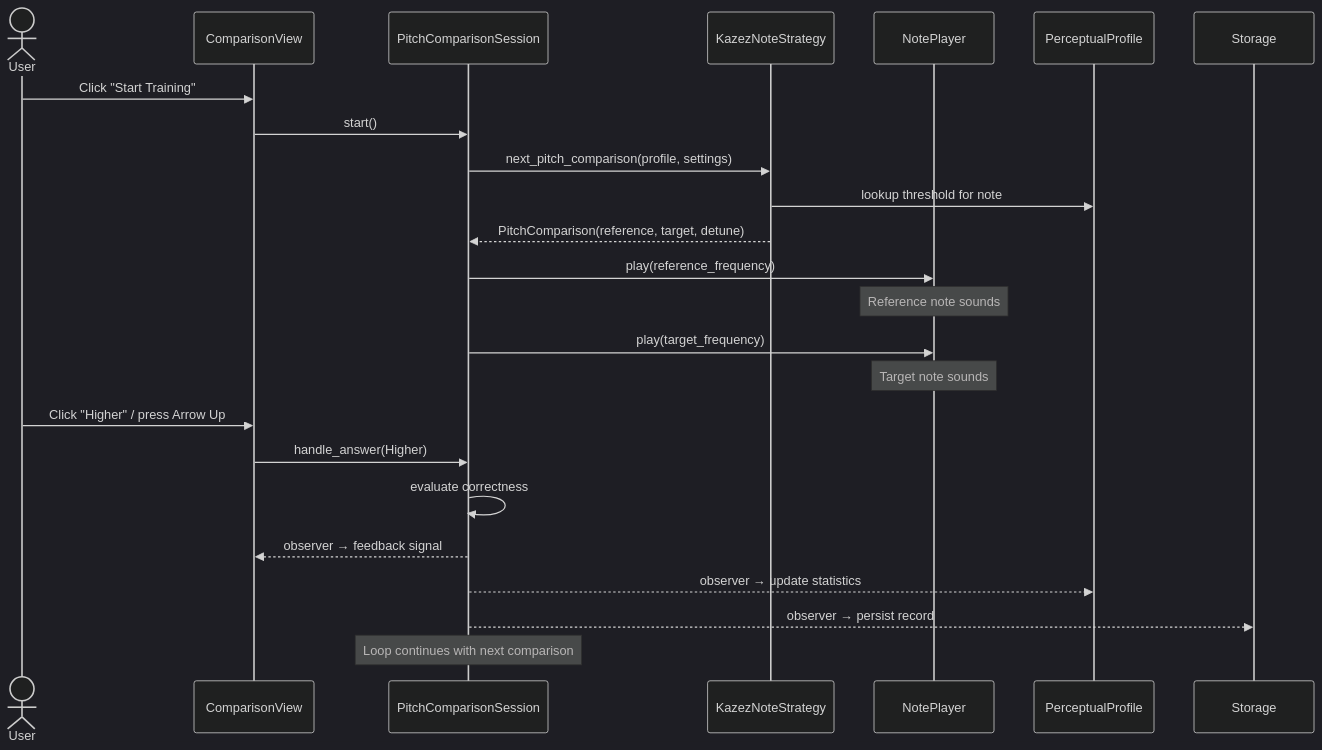
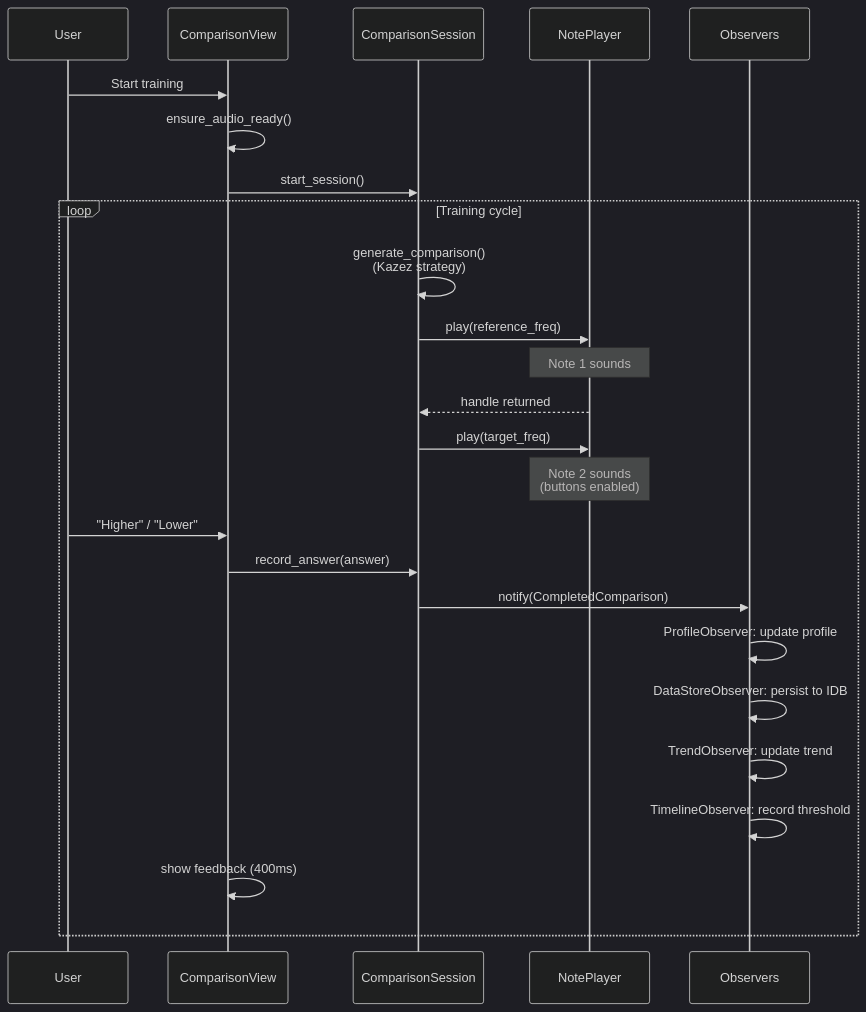
One commit to mschuerig/peach-web changed the sixth of 10 diagrams in docs/arc42-architecture.md. Above: the diagram before and after it, drawn with Mermaid (dark theme). The commit also changed other lines of this file, not shown here.

````diff
--- a/docs/arc42-architecture.md
+++ b/docs/arc42-architecture.md
@@ -249,26 +248,29 @@
 ```mermaid
 sequenceDiagram
-    actor User
-    participant UI as ComparisonView
-    participant Session as PitchComparisonSession
-    participant Strategy as KazezNoteStrategy
-    participant Player as NotePlayer
-    participant Profile as PerceptualProfile
+    participant U as User
+    participant CV as ComparisonView
+    participant S as ComparisonSession
+    participant NP as NotePlayer
+    participant O as Observers
 
-    User->>UI: Click "Start Training"
-    UI->>Session: start()
-    Session->>Strategy: next_pitch_comparison(profile, settings)
-    Strategy->>Profile: lookup threshold for note
-    Strategy-->>Session: PitchComparison(reference, target, detune)
-    Session->>Player: play(reference_frequency)
-    Note over Player: Reference note sounds
-    Session->>Player: play(target_frequency)
-    Note over Player: Target note sounds
-    User->>UI: Click "Higher" / press Arrow Up
-    UI->>Session: handle_answer(Higher)
-    Session->>Session: evaluate correctness
-    Session-->>UI: observer → feedback signal
-    Session-->>Profile: observer → update statistics
-    Session-->>Storage: observer → persist record
-    Note over Session: Loop continues with next comparison
+    U->>CV: Start training
+    CV->>CV: ensure_audio_ready()
+    CV->>S: start_session()
+
+    loop Training cycle
+        S->>S: generate_comparison()<br/>(Kazez strategy)
+        S->>NP: play(reference_freq)
+        Note over NP: Note 1 sounds
+        NP-->>S: handle returned
+        S->>NP: play(target_freq)
+        Note over NP: Note 2 sounds<br/>(buttons enabled)
+        U->>CV: "Higher" / "Lower"
+        CV->>S: record_answer(answer)
+        S->>O: notify(CompletedComparison)
+        O->>O: ProfileObserver: update profile
+        O->>O: DataStoreObserver: persist to IDB
+        O->>O: TrendObserver: update trend
+        O->>O: TimelineObserver: record threshold
+        CV->>CV: show feedback (400ms)
+    end
 ```
````
